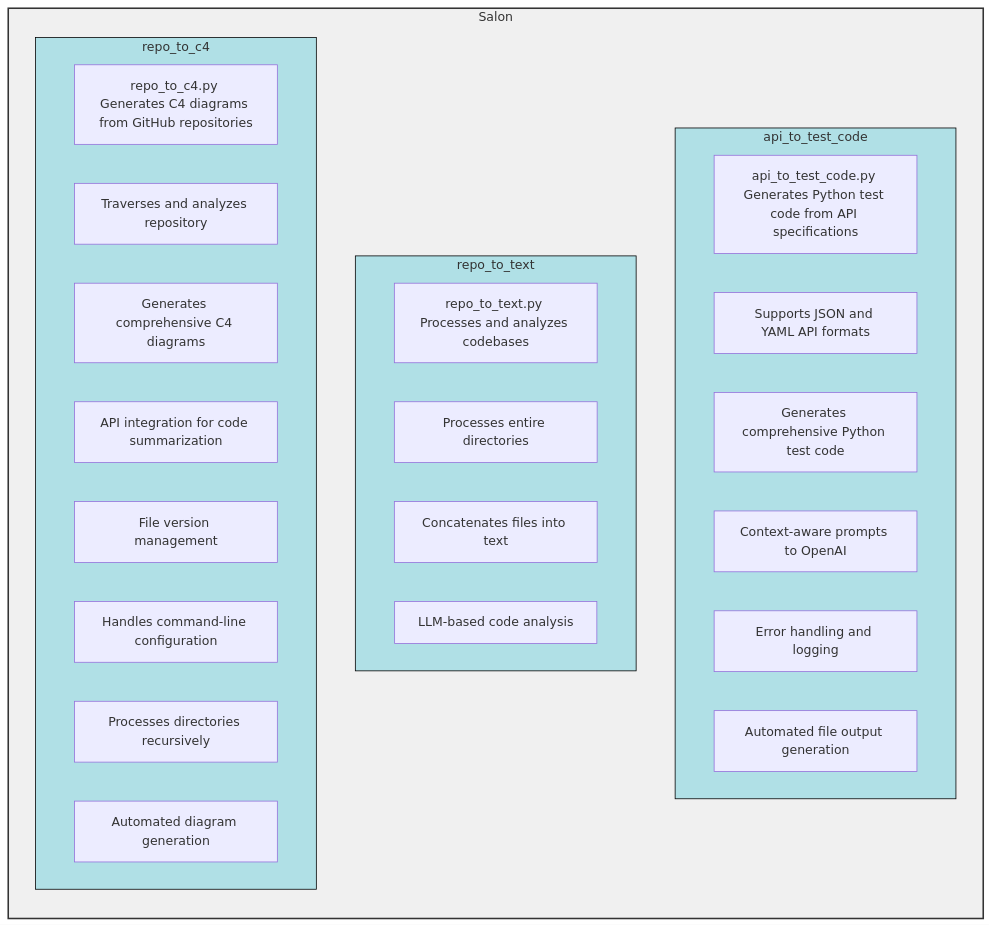
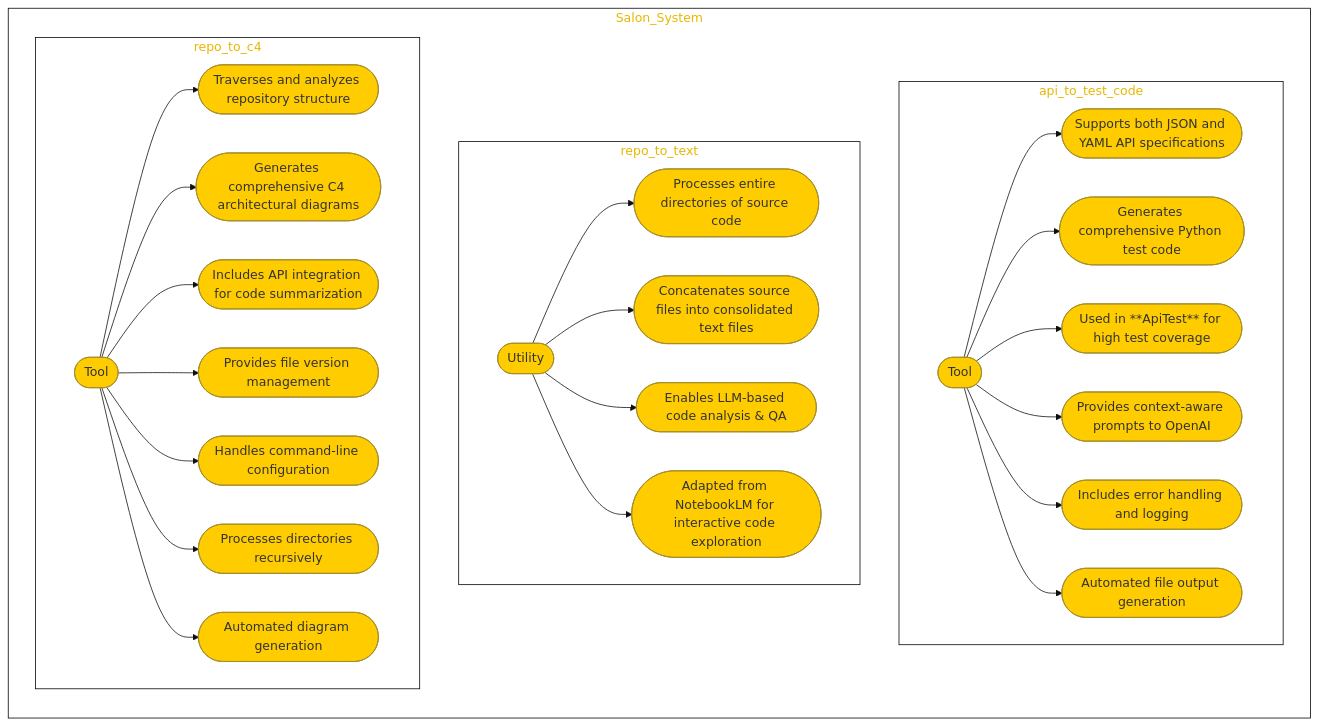
One commit to BraidTechnologies/Studio changed the diagram in Salon/C4Container.Salon_v1.md. Above: the diagram before and after it, drawn with Mermaid. The commit also changed 10 other files, not shown here.

Commit message:
Did full Salon C4 run to test diagram generation

````diff
--- a/Salon/C4Container.Salon_v1.md
+++ b/Salon/C4Container.Salon_v1.md
@@ -1,35 +1,53 @@
 ```mermaid
-graph TB
-    subgraph Salon
-        direction TB
-        subgraph api_to_test_code
-            A1["api_to_test_code.py Generates Python test code from API specifications"] 
-            A2["Supports JSON and YAML API formats"]
-            A3["Generates comprehensive Python test code"]
-            A4["Context-aware prompts to OpenAI"]
-            A5["Error handling and logging"]
-            A6["Automated file output generation"]
-        end
-        subgraph repo_to_text
-            B1["repo_to_text.py Processes and analyzes codebases"]
-            B2["Processes entire directories"]
-            B3["Concatenates files into text"]
-            B4["LLM-based code analysis"]
-        end
-        subgraph repo_to_c4
-            C1["repo_to_c4.py Generates C4 diagrams from GitHub repositories"]
-            C2["Traverses and analyzes repository"]
-            C3["Generates comprehensive C4 diagrams"]
-            C4["API integration for code summarization"]
-            C5["File version management"]
-            C6["Handles command-line configuration"]
-            C7["Processes directories recursively"]
-            C8["Automated diagram generation"]
-        end
+%%{init: {'theme': 'base', 'themeVariables': { 'background': '#f0f0f0', 'primaryColor': '#ffcc00', 'edgeLabelBackground':'#ffffff', 'clusterBkg': '#ffffff', 'clusterBorder': '#000000'}}}%%
+graph TD
+  subgraph Salon_System
+    direction TB
+    
+    subgraph api_to_test_code
+      atc_tool(["Tool"])
+      atc_features_1(["Supports both JSON and YAML API specifications"])
+      atc_features_2(["Generates comprehensive Python test code"])
+      atc_features_3(["Used in **ApiTest** for high test coverage"])
+      atc_features_4(["Provides context-aware prompts to OpenAI"])
+      atc_features_5(["Includes error handling and logging"])
+      atc_features_6(["Automated file output generation"])
+      atc_tool --> atc_features_1
+      atc_tool --> atc_features_2
+      atc_tool --> atc_features_3
+      atc_tool --> atc_features_4
+      atc_tool --> atc_features_5
+      atc_tool --> atc_features_6
     end
     
-    style Salon fill:#f0f0f0,stroke:#333,stroke-width:2px
-    style api_to_test_code fill:#b0e0e6,stroke:#000,stroke-width:1px
-    style repo_to_text fill:#b0e0e6,stroke:#000,stroke-width:1px
-    style repo_to_c4 fill:#b0e0e6,stroke:#000,stroke-width:1px
+    subgraph repo_to_text
+      rtt_utility(["Utility"])
+      rtt_features_1(["Processes entire directories of source code"])
+      rtt_features_2(["Concatenates source files into consolidated text files"])
+      rtt_features_3(["Enables LLM-based code analysis & QA"])
+      rtt_features_4(["Adapted from NotebookLM for interactive code exploration"])
+      rtt_utility --> rtt_features_1
+      rtt_utility --> rtt_features_2
+      rtt_utility --> rtt_features_3
+      rtt_utility --> rtt_features_4
+    end
+    
+    subgraph repo_to_c4
+      rtc_tool(["Tool"])
+      rtc_features_1(["Traverses and analyzes repository structure"])
+      rtc_features_2(["Generates comprehensive C4 architectural diagrams"])
+      rtc_features_3(["Includes API integration for code summarization"])
+      rtc_features_4(["Provides file version management"])
+      rtc_features_5(["Handles command-line configuration"])
+      rtc_features_6(["Processes directories recursively"])
+      rtc_features_7(["Automated diagram generation"])
+      rtc_tool --> rtc_features_1
+      rtc_tool --> rtc_features_2
+      rtc_tool --> rtc_features_3
+      rtc_tool --> rtc_features_4
+      rtc_tool --> rtc_features_5
+      rtc_tool --> rtc_features_6
+      rtc_tool --> rtc_features_7
+    end
+  end
 ```
````
